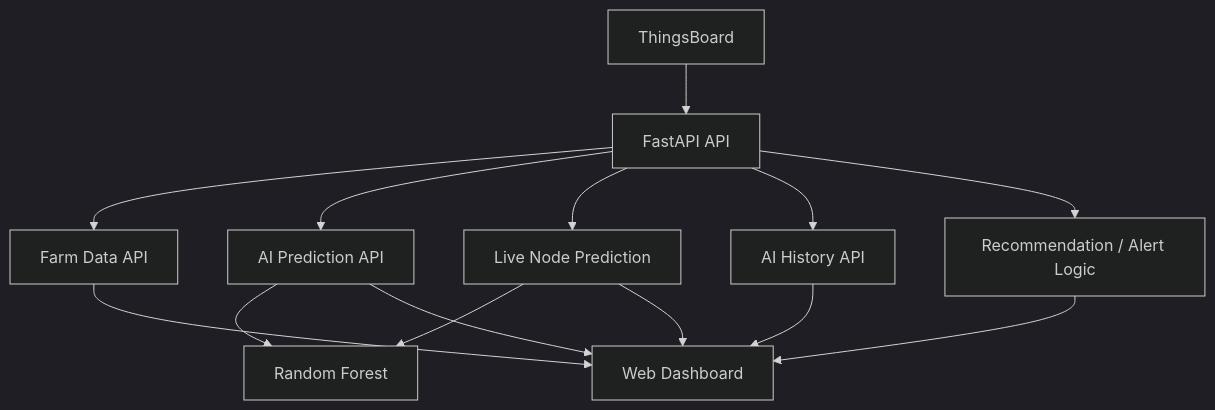
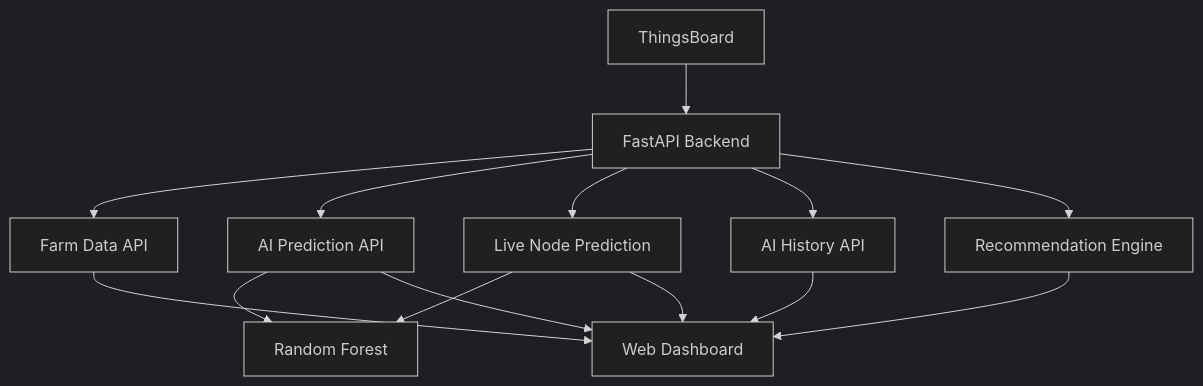
Before and after one commit to Umar-Jahangir/Smart-Soil-Fertility-Monitoring-and-Recommendation-System-Using-IoT-and-AI: the eighth of 13 diagrams in README.md, drawn with Mermaid (dark theme).

Commit message:
ThingsBoard Architecture modified in md

````diff
--- a/README.md
+++ b/README.md
@@ -342,26 +342,29 @@
 ```mermaid
-flowchart TB
+flowchart TD
     TB["ThingsBoard"]
-    API["FastAPI API"]
+    API["FastAPI Backend"]
     FARM["Farm Data API"]
     PRED["AI Prediction API"]
     LIVE["Live Node Prediction"]
     HIST["AI History API"]
     ML["Random Forest"]
-    DEC["Recommendation / Alert Logic"]
+    DEC["Recommendation Engine"]
     UI["Web Dashboard"]
 
     TB --> API
+
     API --> FARM
     API --> PRED
     API --> LIVE
     API --> HIST
+    API --> DEC
+
     PRED --> ML
     LIVE --> ML
-    API --> DEC
+
     FARM --> UI
     PRED --> UI
     LIVE --> UI
     HIST --> UI
     DEC --> UI
 ```
````
